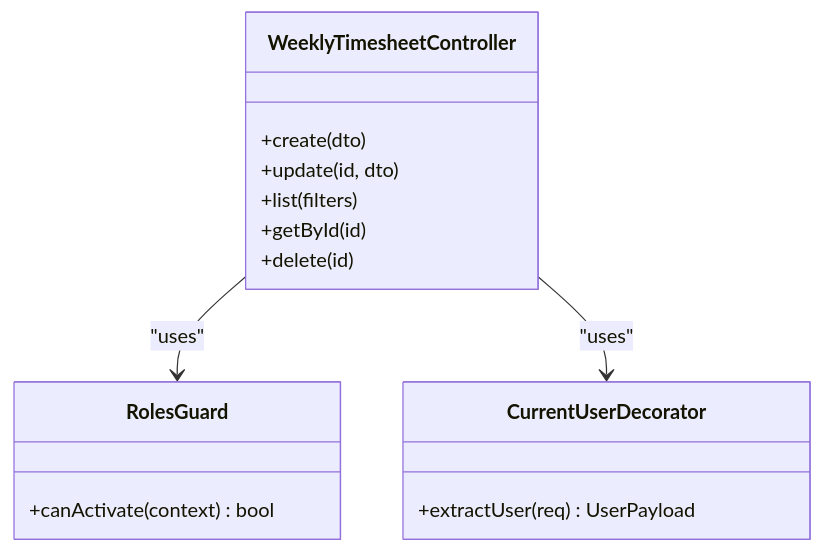
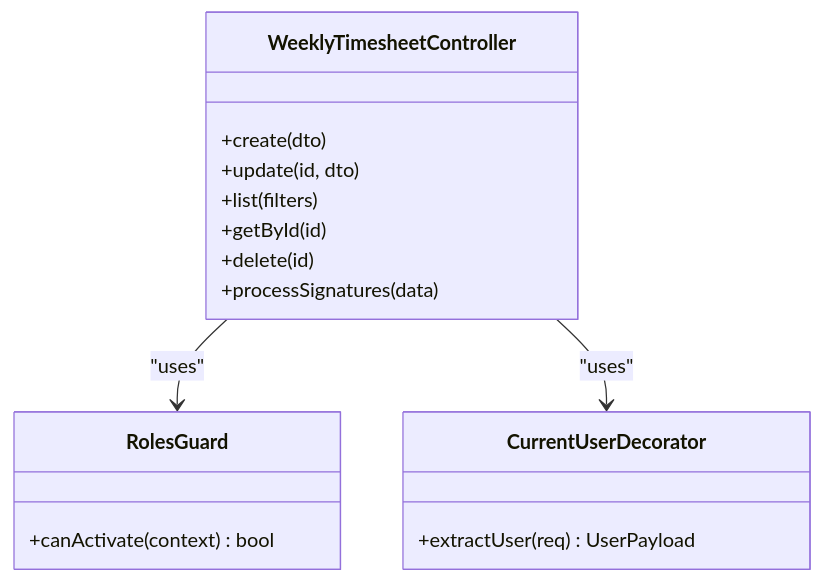
One commit to RobertRuas/windlog changed the third of 10 diagrams in .qoder/repowiki/en/content/Arquitetura Backend/Módulos do Sistema/Timesheet Semanal - Módulo Backend.md. Above: the diagram before and after it, drawn with Mermaid. The commit also changed other lines of this file and 136 other files, not shown here.

````diff
--- a/.qoder/repowiki/en/content/Arquitetura Backend/Módulos do Sistema/Timesheet Semanal - Módulo Backend.md
+++ b/.qoder/repowiki/en/content/Arquitetura Backend/Módulos do Sistema/Timesheet Semanal - Módulo Backend.md
@@ -178,18 +232,19 @@
 ```mermaid
 classDiagram
 class WeeklyTimesheetController {
 +create(dto)
 +update(id, dto)
 +list(filters)
 +getById(id)
 +delete(id)
++processSignatures(data)
 }
 class RolesGuard {
 +canActivate(context) bool
 }
 class CurrentUserDecorator {
 +extractUser(req) UserPayload
 }
 WeeklyTimesheetController --> RolesGuard : "uses"
 WeeklyTimesheetController --> CurrentUserDecorator : "uses"
 ```
````
